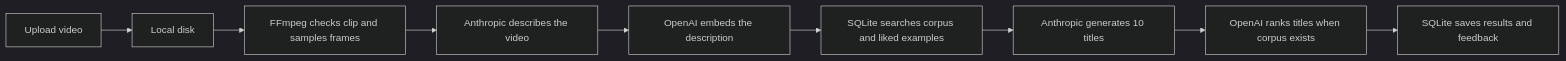
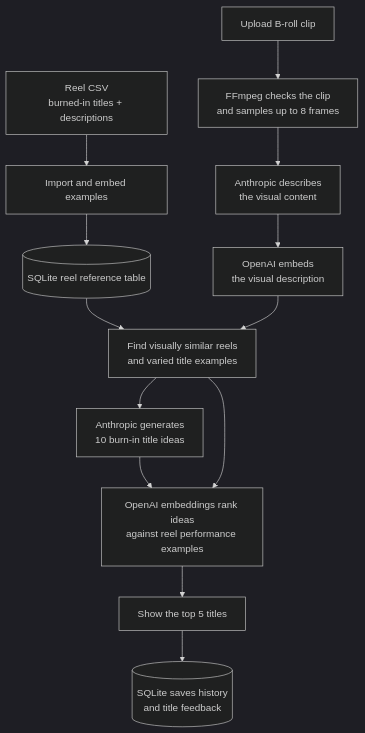
One commit to essam2414/Title-Generator changed the diagram in README.md. Above: the diagram before and after it, drawn with Mermaid (dark theme). The commit also changed other lines of this file and 1 other file, not shown here.

````diff
--- a/README.md
+++ b/README.md
@@ -16,11 +19,17 @@
 ```mermaid
-flowchart LR
-  A[Upload video] --> B[Local disk]
-  B --> C[FFmpeg checks clip and samples frames]
-  C --> D[Anthropic describes the video]
-  D --> E[OpenAI embeds the description]
-  E --> F[SQLite searches corpus and liked examples]
-  F --> G[Anthropic generates 10 titles]
-  G --> H[OpenAI ranks titles when corpus exists]
-  H --> I[SQLite saves results and feedback]
+flowchart TD
+  clip["Upload B-roll clip"] --> frames["FFmpeg checks the clip<br/>and samples up to 8 frames"]
+  frames --> vision["Anthropic describes<br/>the visual content"]
+  vision --> query["OpenAI embeds<br/>the visual description"]
+
+  csv["Reel CSV<br/>burned-in titles + descriptions"] --> importer["Import and embed examples"]
+  importer --> table[("SQLite reel reference table")]
+  table --> search["Find visually similar reels<br/>and varied title examples"]
+  query --> search
+
+  search --> generate["Anthropic generates<br/>10 burn-in title ideas"]
+  generate --> rank["OpenAI embeddings rank ideas<br/>against reel performance examples"]
+  search --> rank
+  rank --> results["Show the top 5 titles"]
+  results --> saved[("SQLite saves history<br/>and title feedback")]
 ```
````
